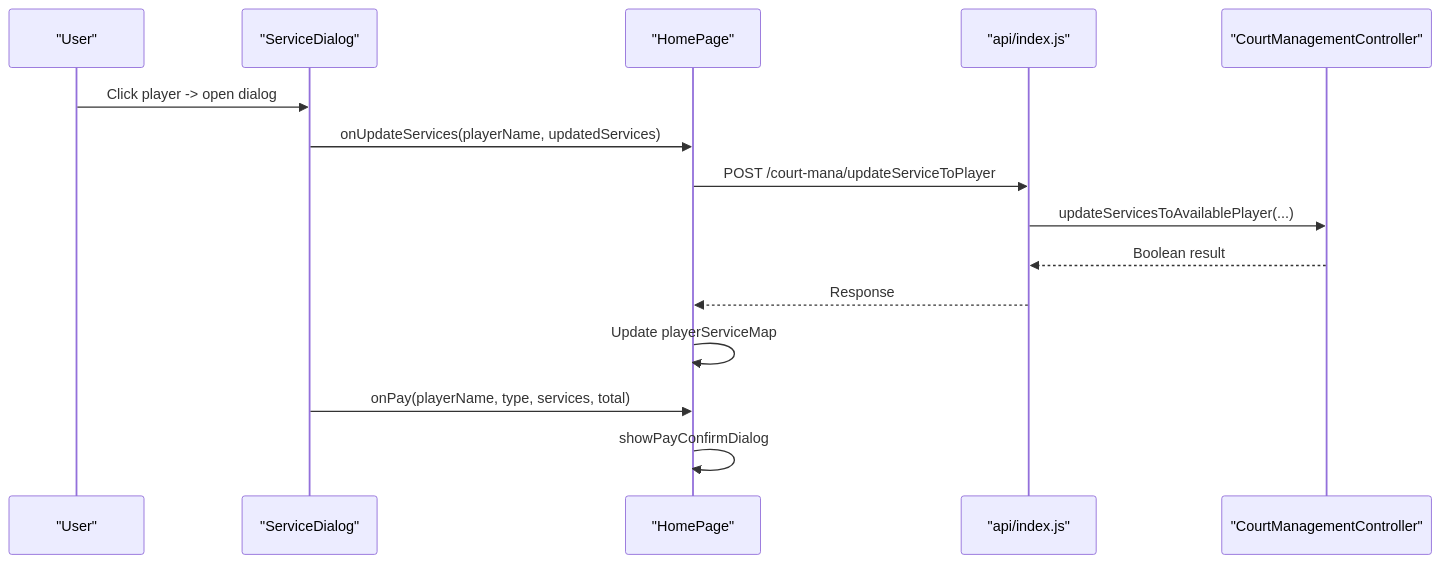
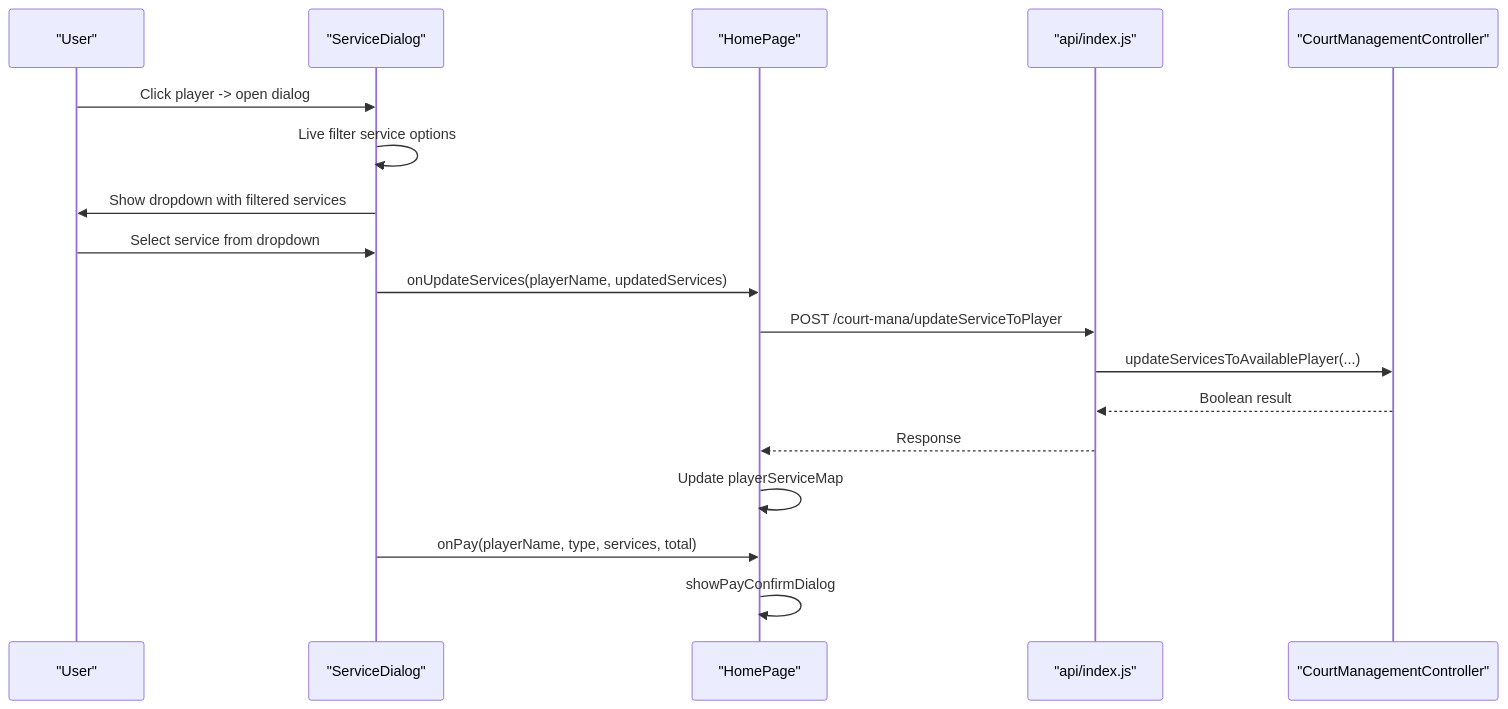
The ninth of 12 diagrams in .qoder/repowiki/en/content/Court Management Interface.md (Vissel/badminton-court-management), drawn with Mermaid before and after one commit. The commit also changed other lines of this file and 36 other files, not shown here.

````diff
--- a/.qoder/repowiki/en/content/Court Management Interface.md
+++ b/.qoder/repowiki/en/content/Court Management Interface.md
@@ -293,17 +339,20 @@
 ```mermaid
 sequenceDiagram
 participant U as "User"
 participant SD as "ServiceDialog"
 participant HP as "HomePage"
 participant API as "api/index.js"
 participant BE as "CourtManagementController"
 U->>SD : Click player -> open dialog
+SD->>SD : Live filter service options
+SD->>U : Show dropdown with filtered services
+U->>SD : Select service from dropdown
 SD->>HP : onUpdateServices(playerName, updatedServices)
 HP->>API : POST /court-mana/updateServiceToPlayer
 API->>BE : updateServicesToAvailablePlayer(...)
 BE-->>API : Boolean result
 API-->>HP : Response
 HP->>HP : Update playerServiceMap
 SD->>HP : onPay(playerName, type, services, total)
 HP->>HP : showPayConfirmDialog
 ```
````
